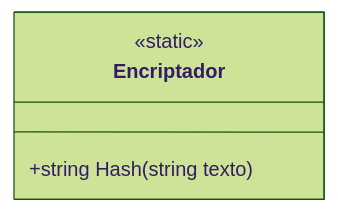
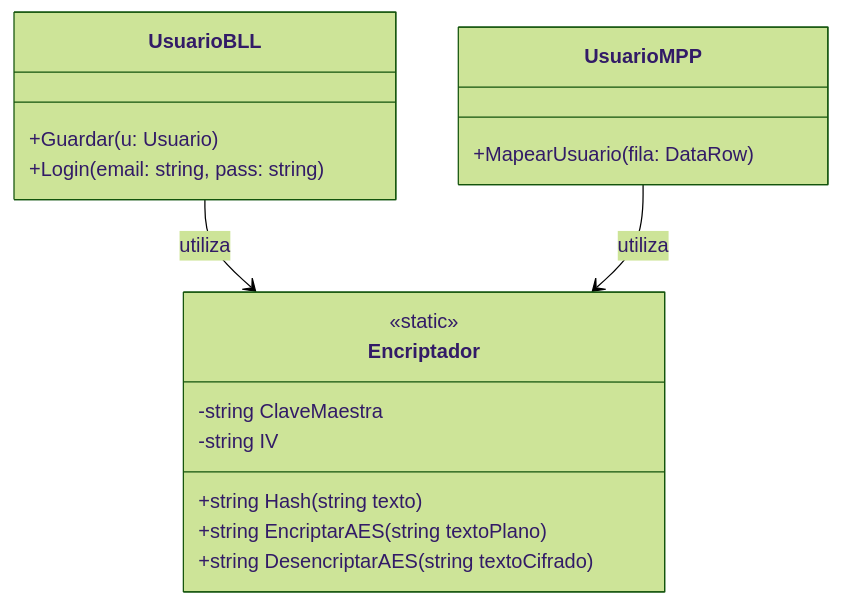
Before and after one commit to condenl/Trabajo-Practico-Final: the tenth of 16 diagrams in Documentacion/Carpeta_Documentacion.md, drawn with Mermaid (forest theme). The commit also changed other lines of this file and 7 other files, not shown here.

````diff
--- a/Documentacion/Carpeta_Documentacion.md
+++ b/Documentacion/Carpeta_Documentacion.md
@@ -2449,7 +2452,23 @@
 ```mermaid
 classDiagram
     class Encriptador {
         <<static>>
+        -string ClaveMaestra
+        -string IV
         +string Hash(string texto)
+        +string EncriptarAES(string textoPlano)
+        +string DesencriptarAES(string textoCifrado)
     }
+    
+    class UsuarioBLL {
+        +Guardar(u: Usuario)
+        +Login(email: string, pass: string)
+    }
+    
+    class UsuarioMPP {
+        +MapearUsuario(fila: DataRow)
+    }
+
+    UsuarioBLL --> Encriptador : utiliza
+    UsuarioMPP --> Encriptador : utiliza
 ```
````
